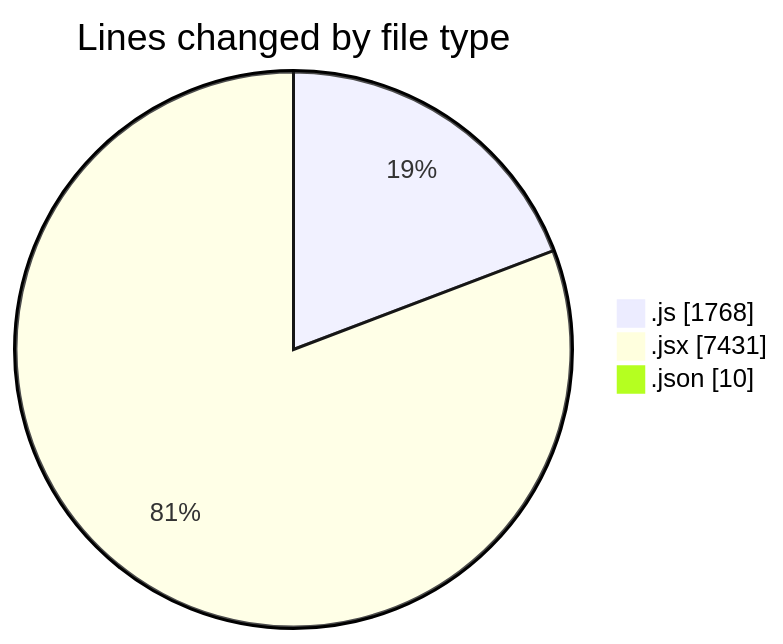
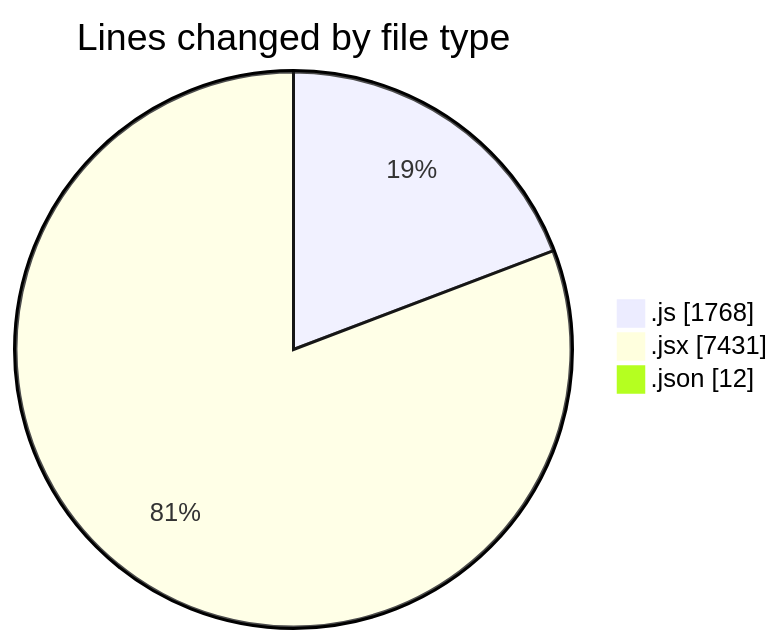
One commit to nxtqubesakshisongat/code-tracking changed the first of 2 diagrams in 2025-08-05/nxtqube_webapp/README.md. Above: the diagram before and after it, drawn with Mermaid. The commit also changed other lines of this file and 1 other file, not shown here.

````diff
--- a/2025-08-05/nxtqube_webapp/README.md
+++ b/2025-08-05/nxtqube_webapp/README.md
@@ -40,7 +40,7 @@
 ```mermaid
 pie showData
 title Lines changed by file type
 ".js" : 1768
 ".jsx" : 7431
-".json" : 10
+".json" : 12
 ```
````
